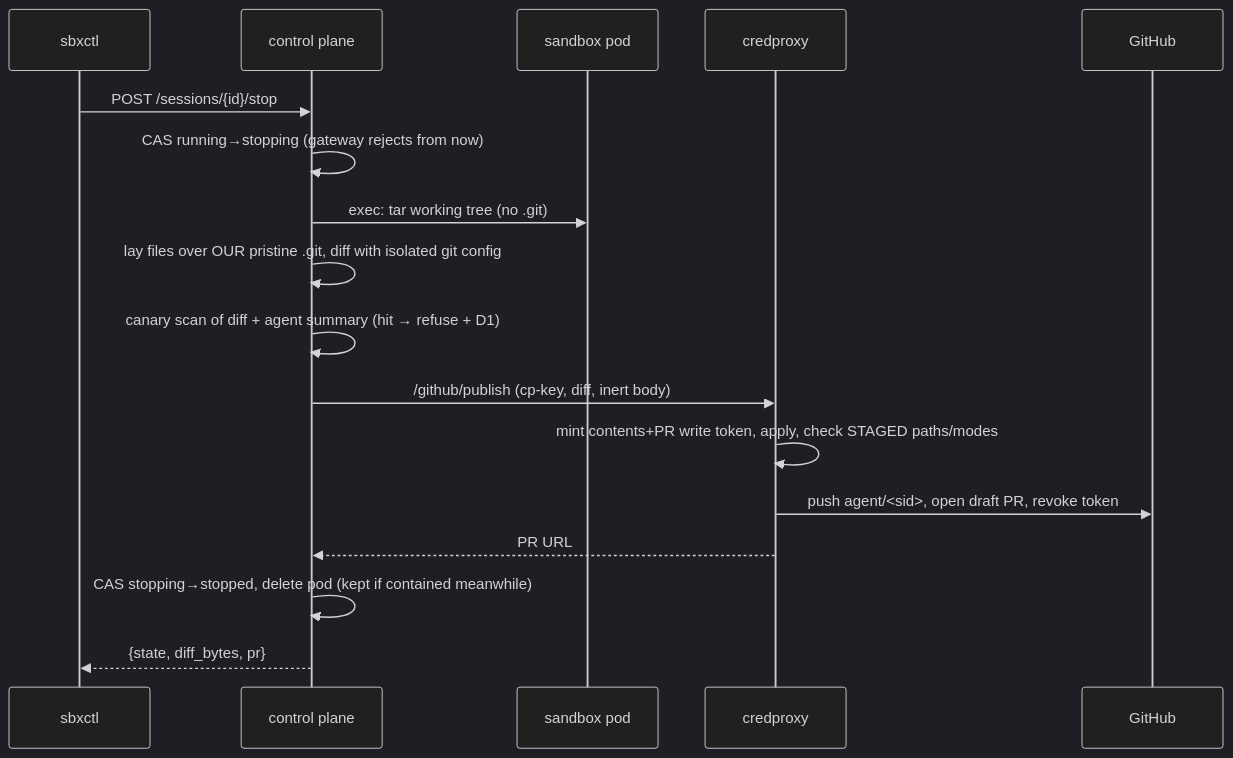
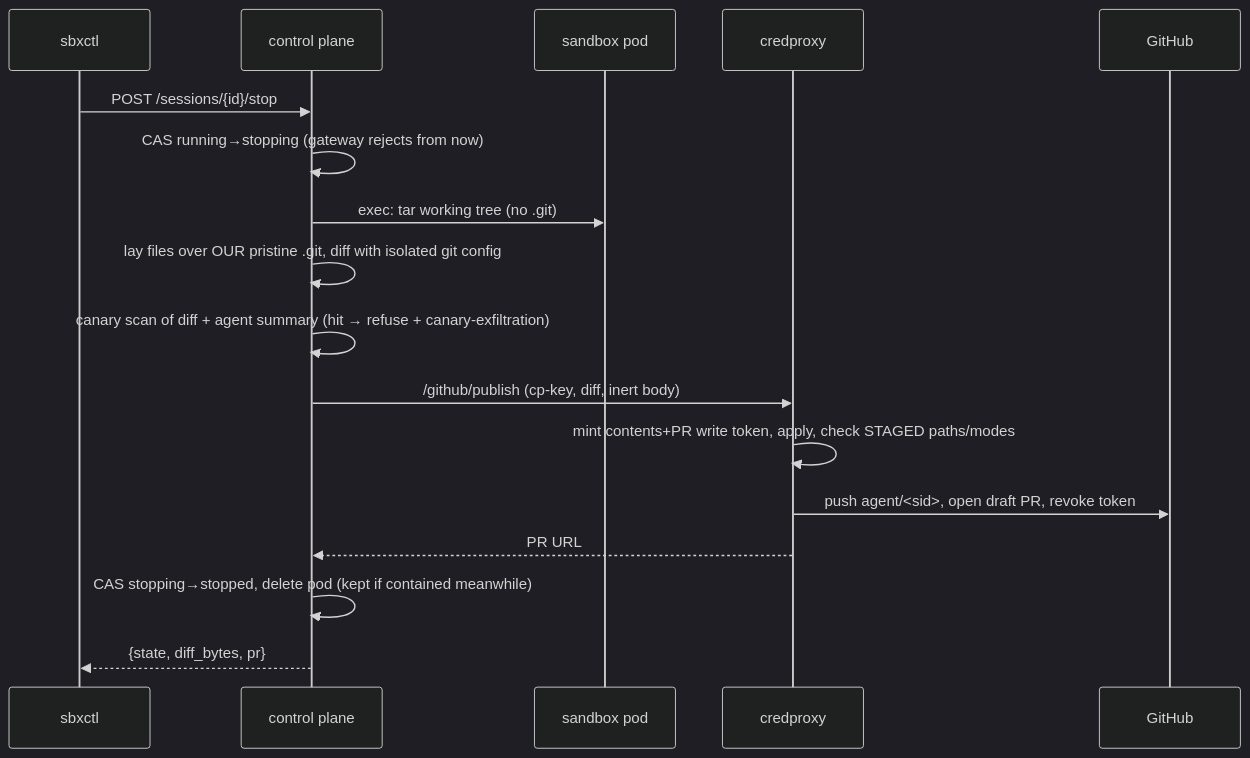
Before and after one commit to bhadradiyaniravnl/security-assignment-forgoodai: the fifth of 6 diagrams in docs/ARCHITECTURE.md, drawn with Mermaid (dark theme). The commit also changed other lines of this file and 34 other files, not shown here.

````diff
--- a/docs/ARCHITECTURE.md
+++ b/docs/ARCHITECTURE.md
@@ -517,19 +517,19 @@
 ```mermaid
 sequenceDiagram
   participant U as sbxctl
   participant CP as control plane
   participant P as sandbox pod
   participant CR as credproxy
   participant GH as GitHub
   U->>CP: POST /sessions/{id}/stop
   CP->>CP: CAS running→stopping (gateway rejects from now)
   CP->>P: exec: tar working tree (no .git)
   CP->>CP: lay files over OUR pristine .git, diff with isolated git config
-  CP->>CP: canary scan of diff + agent summary (hit → refuse + D1)
+  CP->>CP: canary scan of diff + agent summary (hit → refuse + canary-exfiltration)
   CP->>CR: /github/publish (cp-key, diff, inert body)
   CR->>CR: mint contents+PR write token, apply, check STAGED paths/modes
   CR->>GH: push agent/<sid>, open draft PR, revoke token
   CR-->>CP: PR URL
   CP->>CP: CAS stopping→stopped, delete pod (kept if contained meanwhile)
   CP-->>U: {state, diff_bytes, pr}
 ```
````
